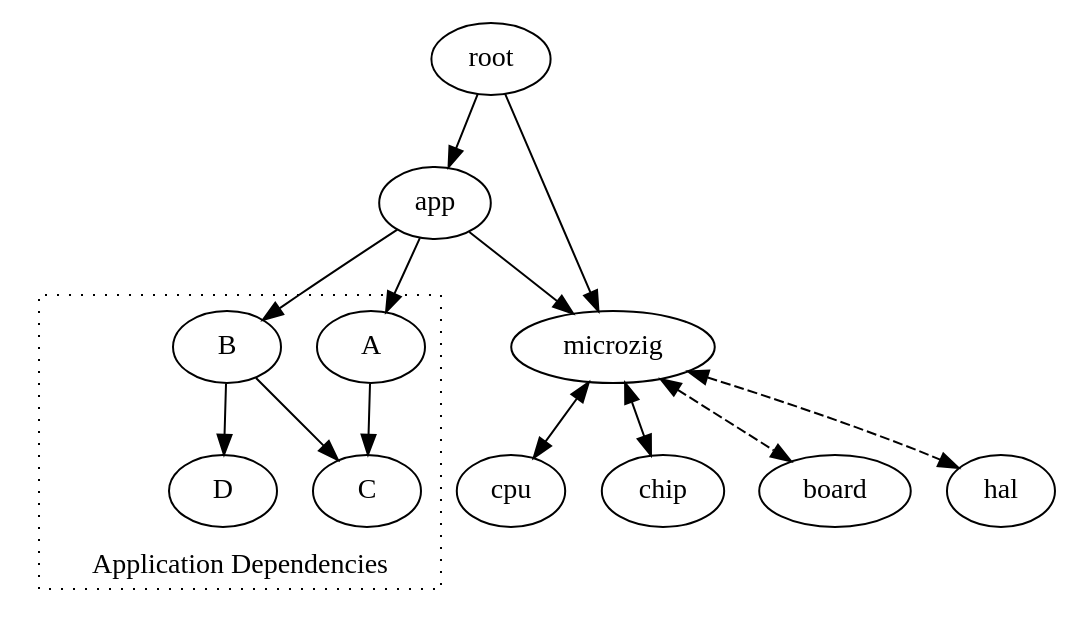
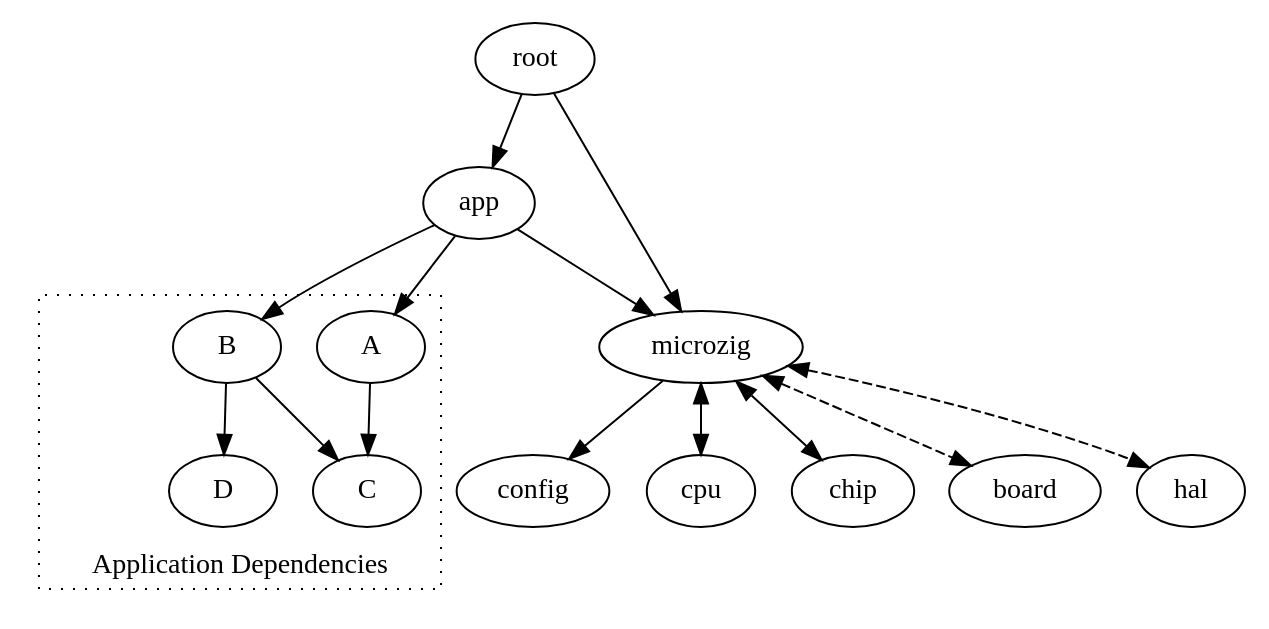
The diagram in docs/images/deps.dot (ZigEmbeddedGroup/microzig), drawn with Graphviz before and after one commit. The commit also changed 2 other files, not shown here.

```diff
--- a/docs/images/deps.dot
+++ b/docs/images/deps.dot
@@ -1,22 +1,23 @@
 digraph {
     root -> app
     root -> microzig
 
     app -> microzig
     app -> A
     app -> B
 
     subgraph cluster_0 {
             style="dotted"
             graph [labelloc=b]
             A -> C
             B -> C
             B -> D
             label = "Application Dependencies";
     }
 
+    microzig -> config
     microzig -> cpu [dir="both"]
     microzig -> chip [dir="both"]
     microzig -> board [dir="both", style="dashed"]
     microzig -> hal [dir="both", style="dashed"]
 }
```
